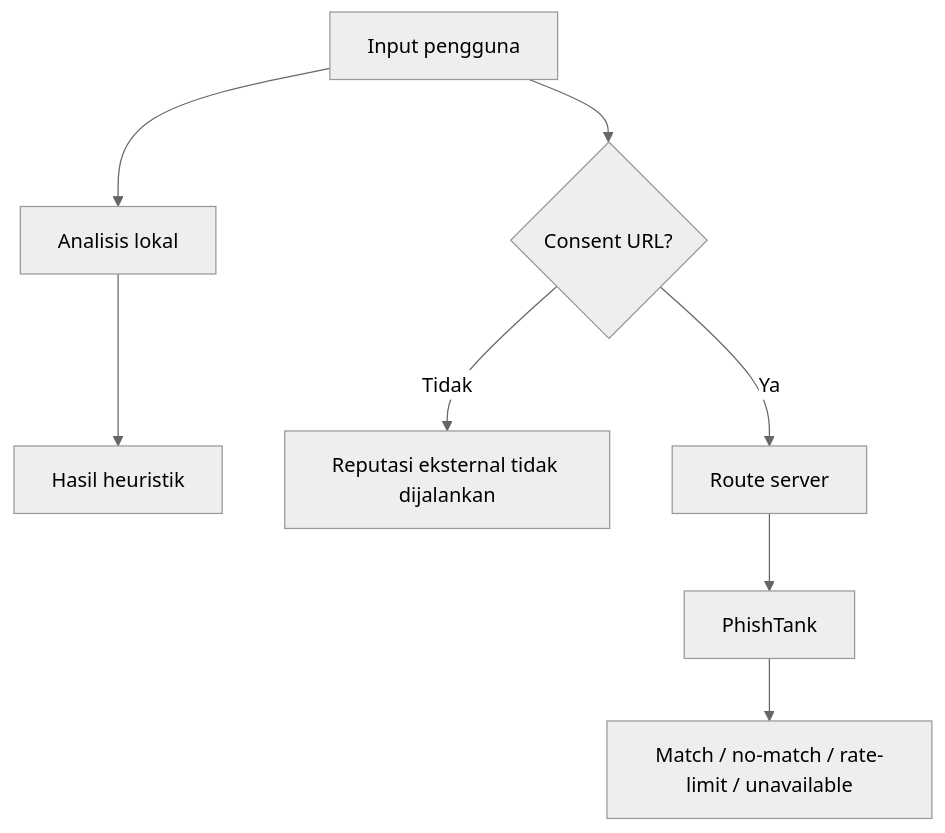
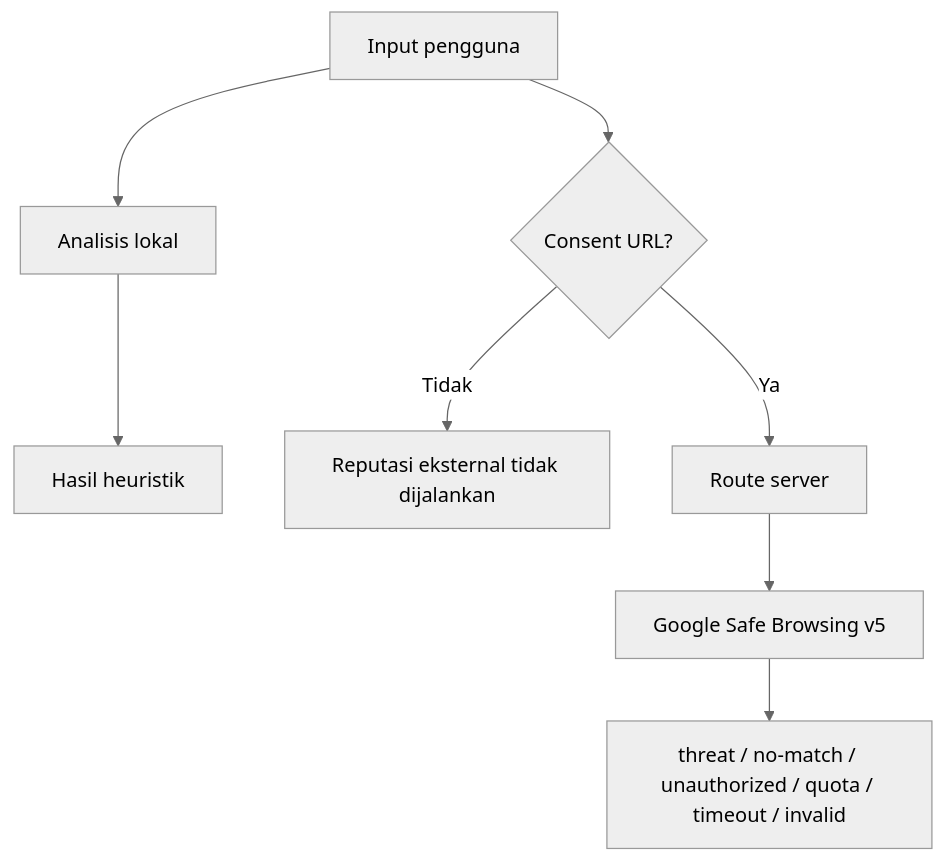
One commit to hissyam90/saring-app changed the diagram in docs/DATA-SOURCES.md. Above: the diagram before and after it, drawn with Mermaid (neutral theme). The commit also changed other lines of this file and 19 other files, not shown here.

First line of the commit message:
feat(reputation): ganti PhishTank dengan Google Safe Browsing

````diff
--- a/docs/DATA-SOURCES.md
+++ b/docs/DATA-SOURCES.md
@@ -13,10 +14,10 @@
 ```mermaid
 flowchart TD
   Input[Input pengguna] --> Local[Analisis lokal]
   Local --> Result[Hasil heuristik]
   Input --> Consent{Consent URL?}
   Consent -- Tidak --> NoLookup[Reputasi eksternal tidak dijalankan]
   Consent -- Ya --> Route[Route server]
-  Route --> PhishTank[PhishTank]
-  PhishTank --> States[Match / no-match / rate-limit / unavailable]
+  Route --> GSB[Google Safe Browsing v5]
+  GSB --> States[threat / no-match / unauthorized / quota / timeout / invalid]
 ```
````
